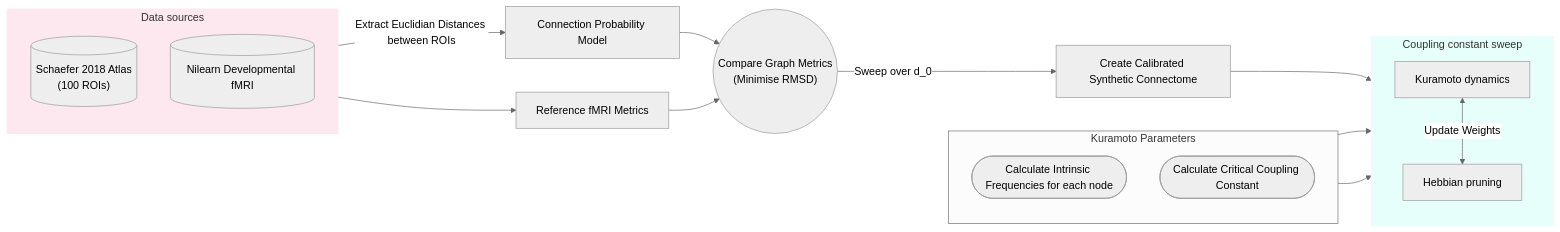
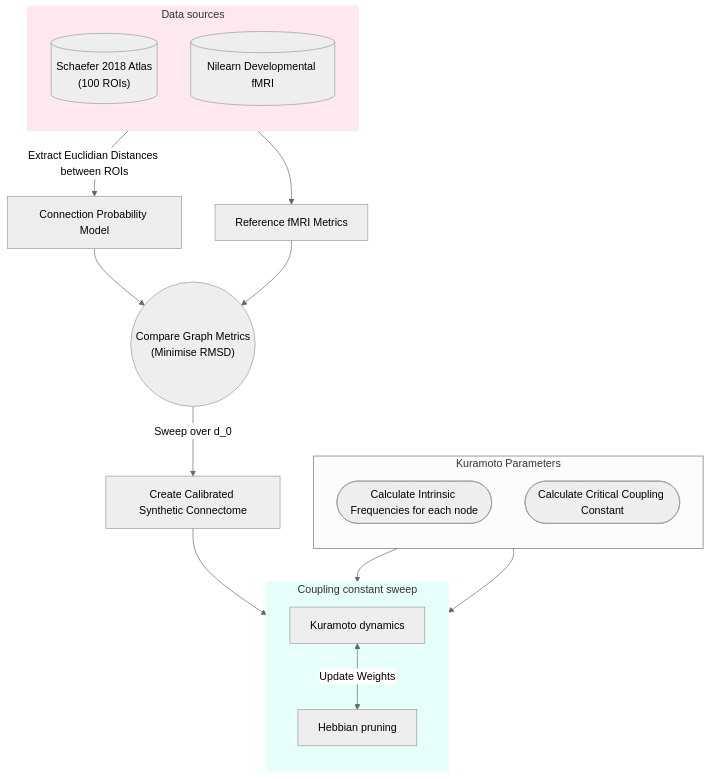
Before and after one commit to R-eya/Kuramoto-Hebbian-Style-Pruning-of-Synthetic-Connectomes: the diagram in README.md, drawn with Mermaid (neutral theme).

````diff
--- a/README.md
+++ b/README.md
@@ -7,31 +7,31 @@
 ```mermaid
-flowchart LR
+flowchart TD
 
     subgraph Inputs ["Data sources"]
         direction TB
         Q[("Schaefer 2018 atlas<br/>(100 ROIs)")]
         A[("Nilearn developmental fMRI")]
     end
     style Inputs fill:#e8f4fd,stroke:#2b6cb0,stroke-width:2px
 
     Q[("Schaefer 2018 Atlas <br> (100 ROIs)")] -->|Extract Euclidian Distances between ROIs| W[Connection Probability Model] -->C
 
     A[(Nilearn Developmental fMRI)] -->B[Reference fMRI Metrics]--> C(("Compare Graph Metrics <br> (Minimise RMSD)" )) -->|Sweep over d_0 | D[Create Calibrated Synthetic Connectome]
     D --> E[Kuramoto Dynamics]
     subgraph kurma params ["Kuramoto Parameters"]
         direction TB
         G([Calculate Intrinsic Frequencies for each node])
         F([Calculate Critical Coupling Constant])
     end
     G--> E
     F --> E
 
     subgraph Sweep ["Coupling constant sweep"]
         direction TB
         E["Kuramoto dynamics"]
         H["Hebbian pruning"]
         E <-->|"Update Weights"| H
     end
 style Inputs fill:#fde8ef,stroke:#fde8ef,stroke-width:2px
 style Sweep fill:#e6fffa,stroke:#e6fffa,stroke-width:2px
 ```
````
